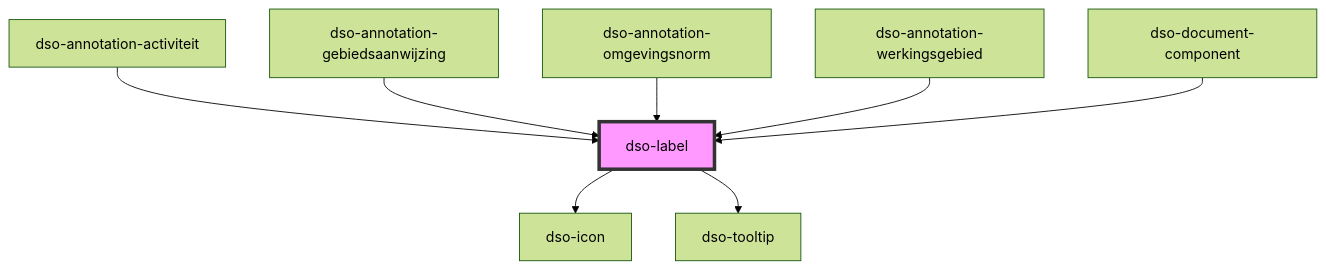
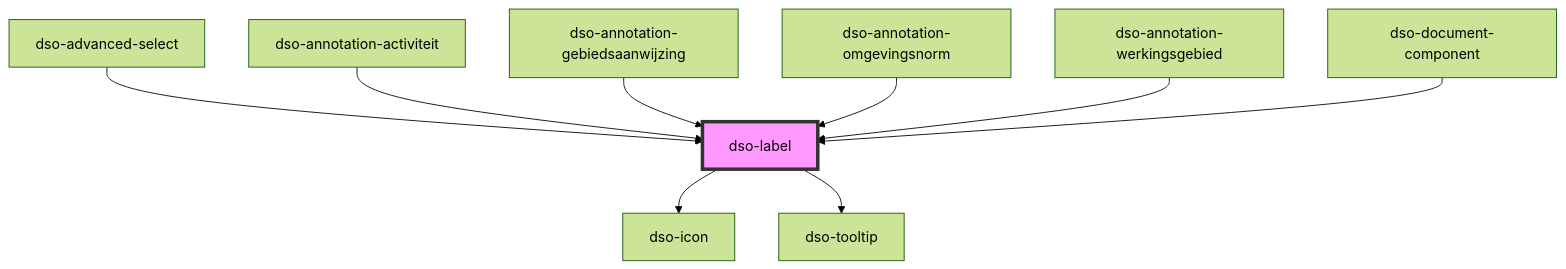
Before and after one commit to dso-toolkit/dso-toolkit: the diagram in packages/core/src/components/label/readme.md, drawn with Mermaid (forest theme). The commit also changed other lines of this file and 8 other files, not shown here.

Commit message:
#2620 [Added] Advanced Select: Geselecteerd item prefixen met symbool van de groep

````diff
--- a/packages/core/src/components/label/readme.md
+++ b/packages/core/src/components/label/readme.md
@@ -45,11 +46,12 @@
 ```mermaid
 graph TD;
   dso-label --> dso-icon
   dso-label --> dso-tooltip
+  dso-advanced-select --> dso-label
   dso-annotation-activiteit --> dso-label
   dso-annotation-gebiedsaanwijzing --> dso-label
   dso-annotation-omgevingsnorm --> dso-label
   dso-annotation-werkingsgebied --> dso-label
   dso-document-component --> dso-label
   style dso-label fill:#f9f,stroke:#333,stroke-width:4px
 ```
````
